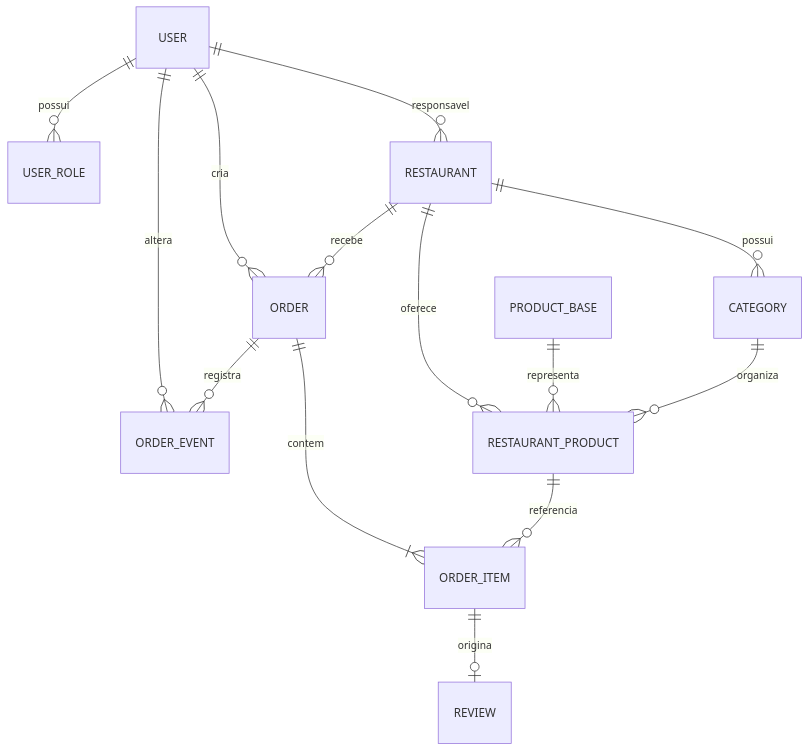
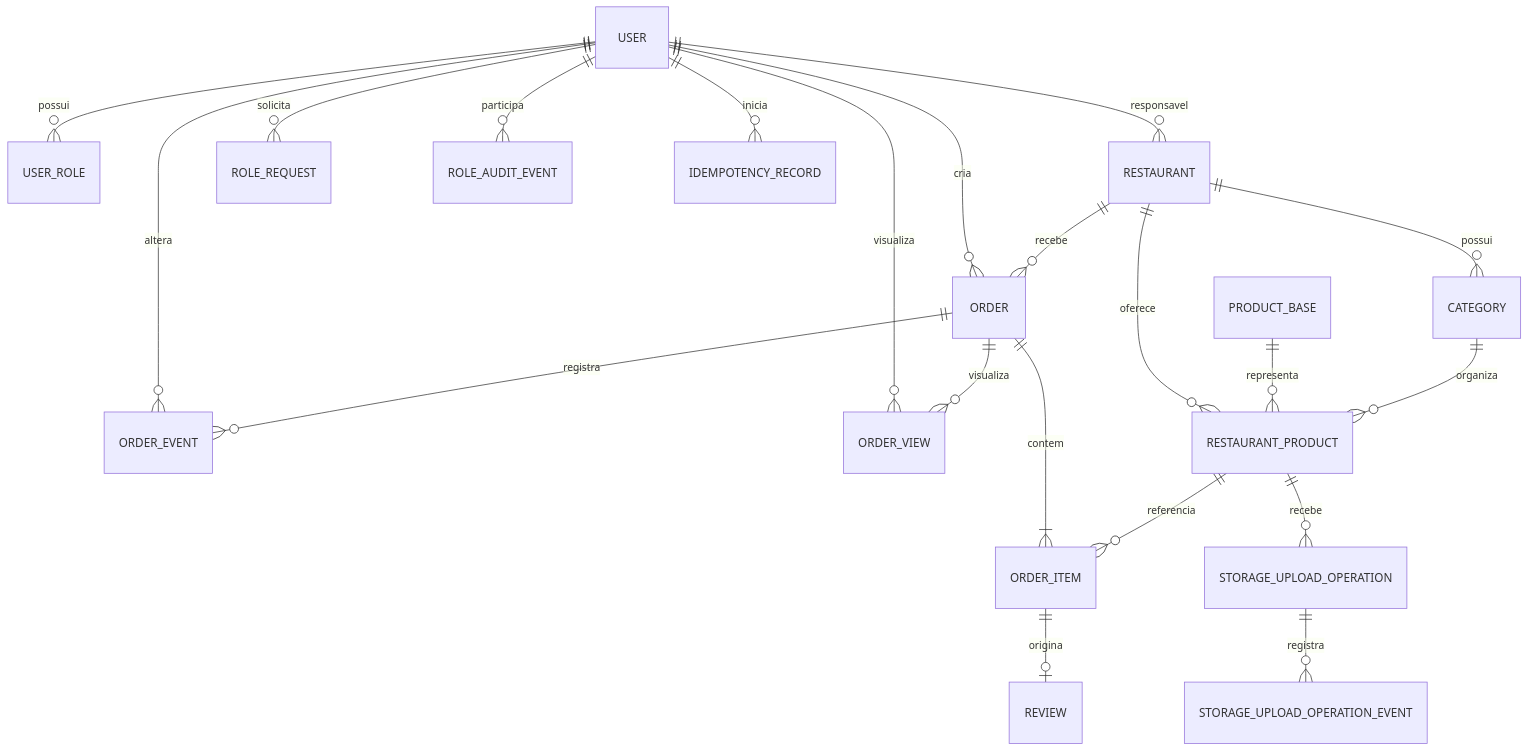
Before and after one commit to Gabrielhanel/naco: the diagram in docs/architecture/02_MODELO_DADOS_E_API.md, drawn with Mermaid. The commit also changed other lines of this file and 12 other files, not shown here.

````diff
--- a/docs/architecture/02_MODELO_DADOS_E_API.md
+++ b/docs/architecture/02_MODELO_DADOS_E_API.md
@@ -138,16 +155,23 @@
 ```mermaid
 erDiagram
     USER ||--o{ USER_ROLE : possui
     USER ||--o{ RESTAURANT : responsavel
     USER ||--o{ ORDER : cria
     USER ||--o{ ORDER_EVENT : altera
+    USER ||--o{ ROLE_REQUEST : solicita
+    USER ||--o{ ROLE_AUDIT_EVENT : participa
+    USER ||--o{ ORDER_VIEW : visualiza
     RESTAURANT ||--o{ CATEGORY : possui
     RESTAURANT ||--o{ RESTAURANT_PRODUCT : oferece
     RESTAURANT ||--o{ ORDER : recebe
     PRODUCT_BASE ||--o{ RESTAURANT_PRODUCT : representa
     CATEGORY ||--o{ RESTAURANT_PRODUCT : organiza
     ORDER ||--|{ ORDER_ITEM : contem
     RESTAURANT_PRODUCT ||--o{ ORDER_ITEM : referencia
     ORDER ||--o{ ORDER_EVENT : registra
+    ORDER ||--o{ ORDER_VIEW : visualiza
     ORDER_ITEM ||--o| REVIEW : origina
+    USER ||--o{ IDEMPOTENCY_RECORD : inicia
+    RESTAURANT_PRODUCT ||--o{ STORAGE_UPLOAD_OPERATION : recebe
+    STORAGE_UPLOAD_OPERATION ||--o{ STORAGE_UPLOAD_OPERATION_EVENT : registra
 ```
````
